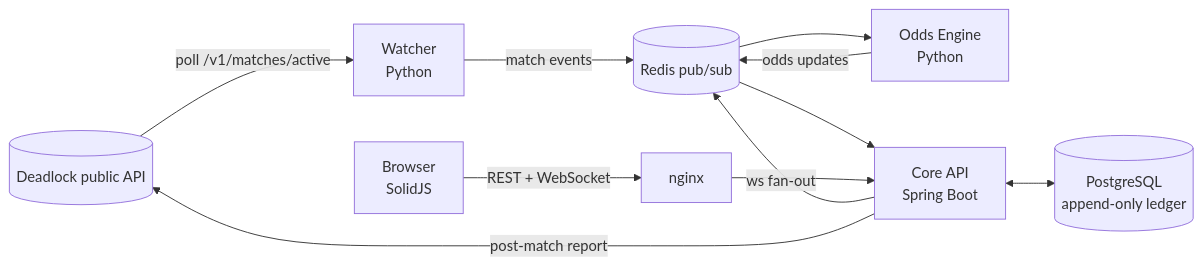
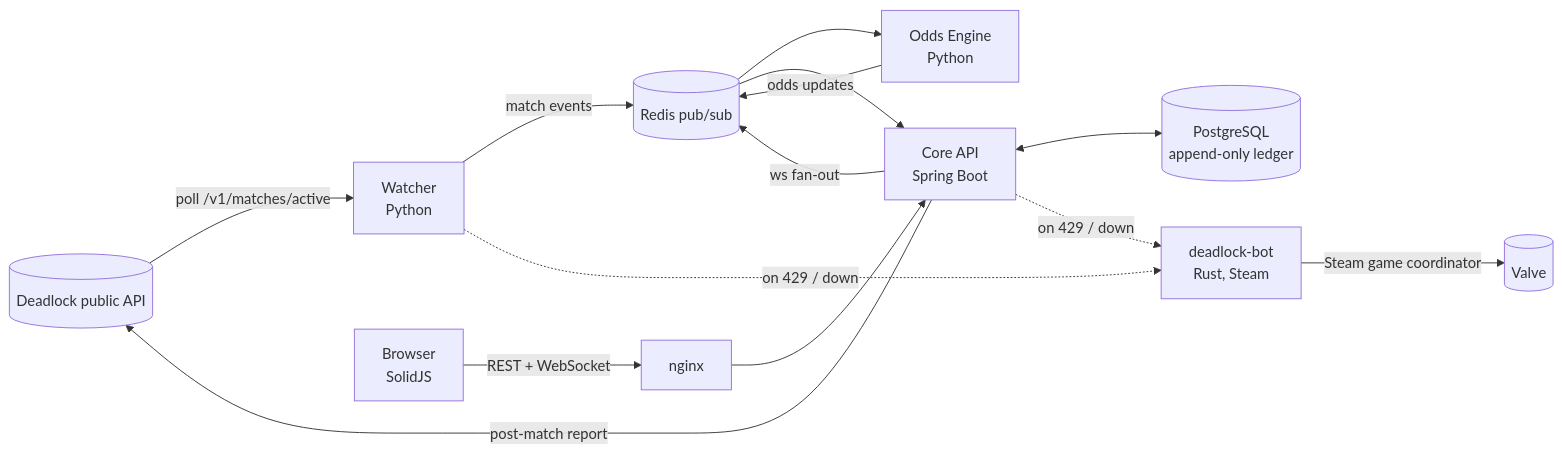
Before and after one commit to Kadyrsky/CASINO_v2: the diagram in README.md, drawn with Mermaid. The commit also changed other lines of this file and 26 other files, not shown here.

First line of the commit message:
Add deadlock-bot server mode as a fallback when deadlock-api rate limits

````diff
--- a/README.md
+++ b/README.md
@@ -159,12 +160,15 @@
 ```mermaid
 flowchart LR
   DL[(Deadlock public API)] -->|poll /v1/matches/active| W[Watcher<br/>Python]
   W -->|match events| R[(Redis pub/sub)]
   R --> O[Odds Engine<br/>Python]
   O -->|odds updates| R
   R --> C[Core API<br/>Spring Boot]
   C <--> P[(PostgreSQL<br/>append-only ledger)]
   C -->|ws fan-out| R
   C -->|post-match report| DL
+  W -.->|on 429 / down| SB[deadlock-bot<br/>Rust, Steam]
+  C -.->|on 429 / down| SB
+  SB -->|Steam game coordinator| V[(Valve)]
   B[Browser<br/>SolidJS] -->|REST + WebSocket| N[nginx] --> C
 ```
````
